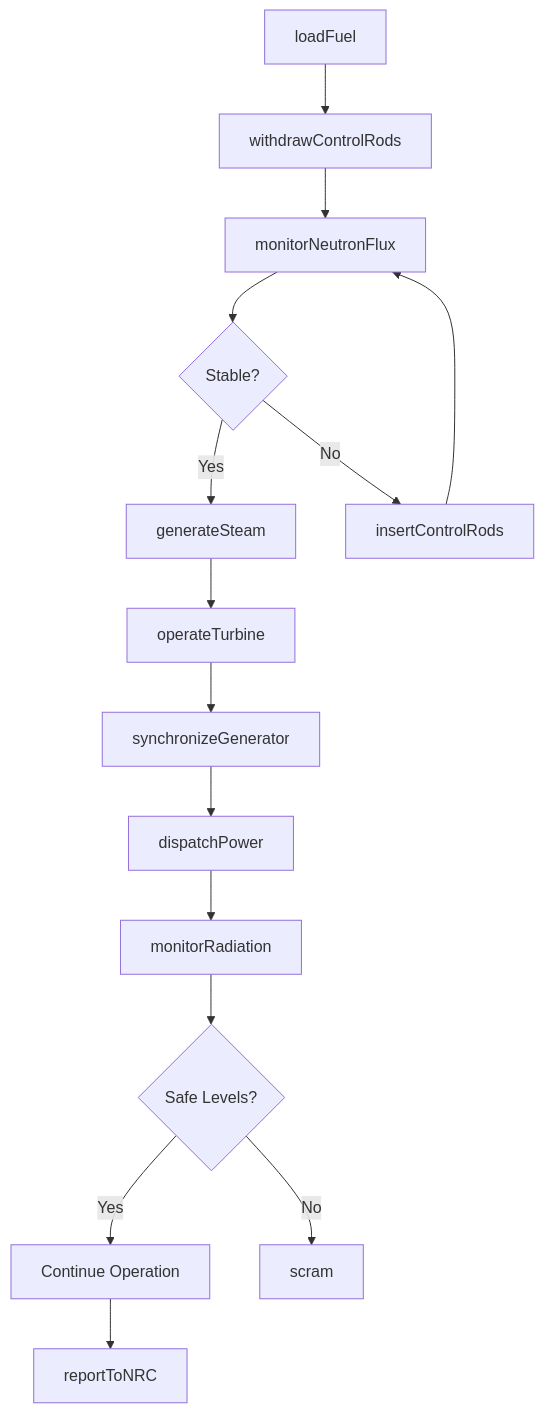
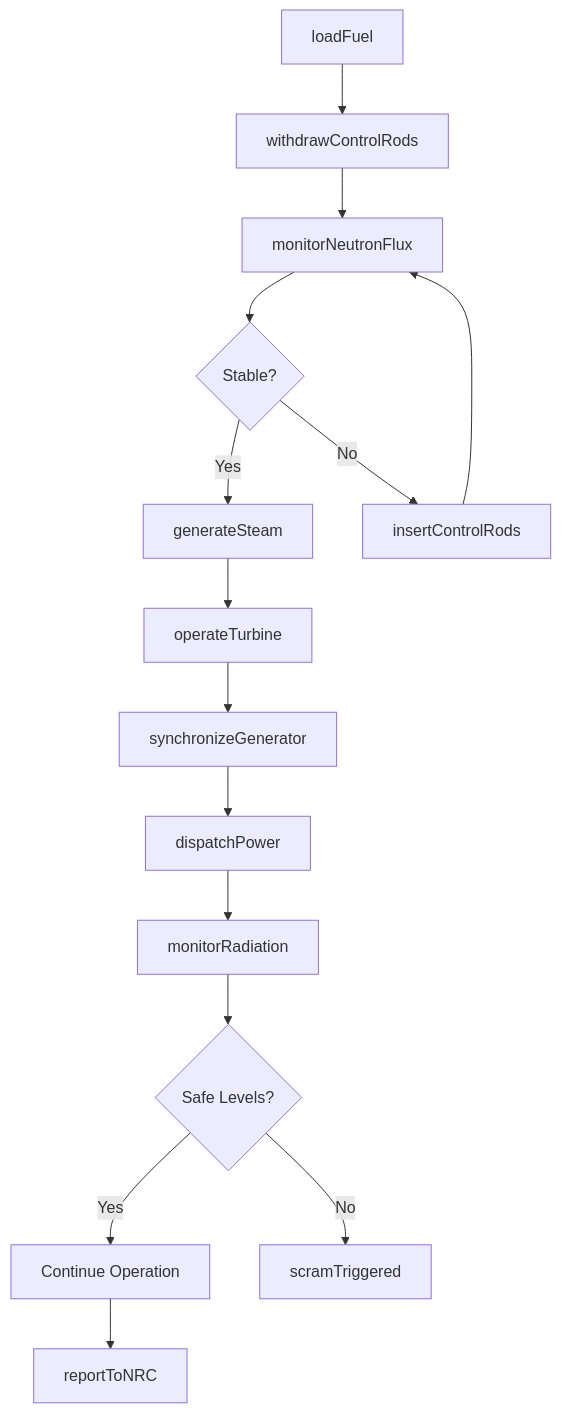
Before and after one commit to dot-org-ai/industries.org.ai: the first of 2 diagrams in Utilities/Utilities/ElectricPowerGenerationTransmissionAndDistribution/NuclearElectricPowerGeneration.mdx, drawn with Mermaid. The commit also changed other lines of this file and 588 other files, not shown here.

````diff
--- a/Utilities/Utilities/ElectricPowerGenerationTransmissionAndDistribution/NuclearElectricPowerGeneration.mdx
+++ b/Utilities/Utilities/ElectricPowerGenerationTransmissionAndDistribution/NuclearElectricPowerGeneration.mdx
@@ -116,17 +116,17 @@
 ```mermaid
 graph TD
     A[loadFuel] --> B[withdrawControlRods]
     B --> C[monitorNeutronFlux]
     C --> D{Stable?}
     D -->|Yes| E[generateSteam]
     D -->|No| F[insertControlRods]
     F --> C
     E --> G[operateTurbine]
     G --> H[synchronizeGenerator]
     H --> I[dispatchPower]
     I --> J[monitorRadiation]
     J --> K{Safe Levels?}
     K -->|Yes| L[Continue Operation]
-    K -->|No| M[scram]
+    K -->|No| M[scramTriggered]
     L --> N[reportToNRC]
 ```
````
